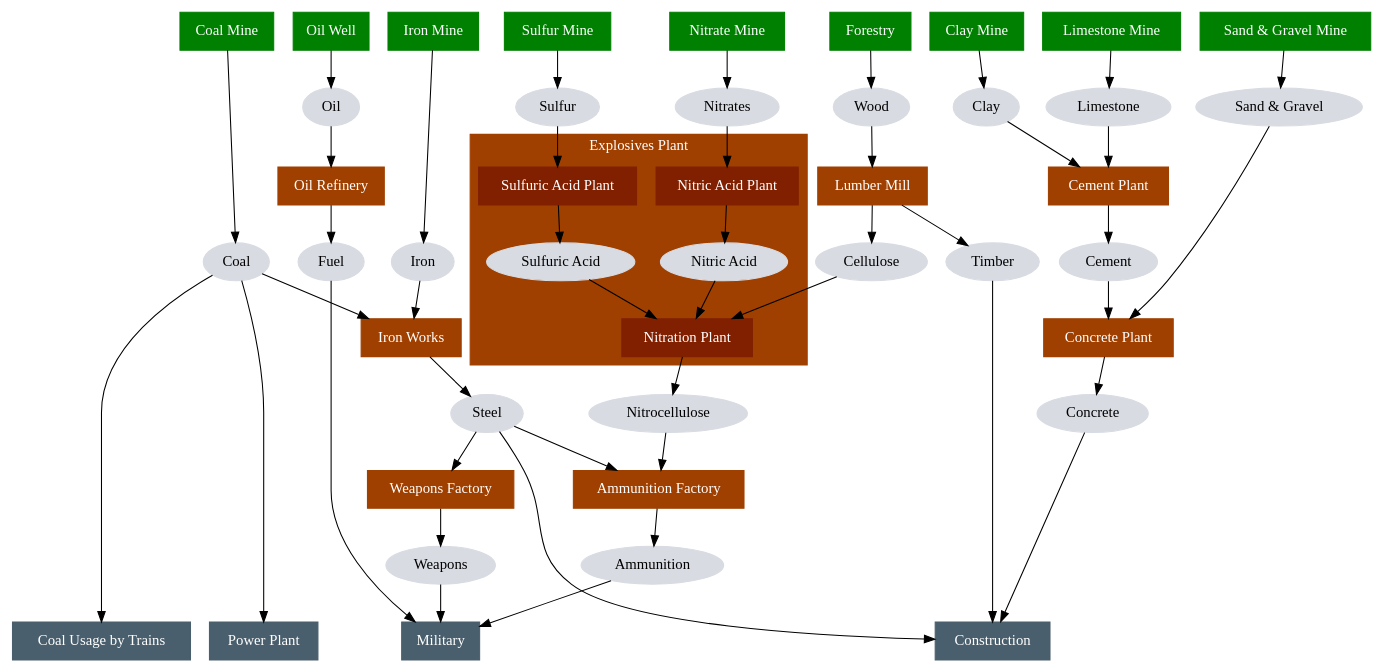
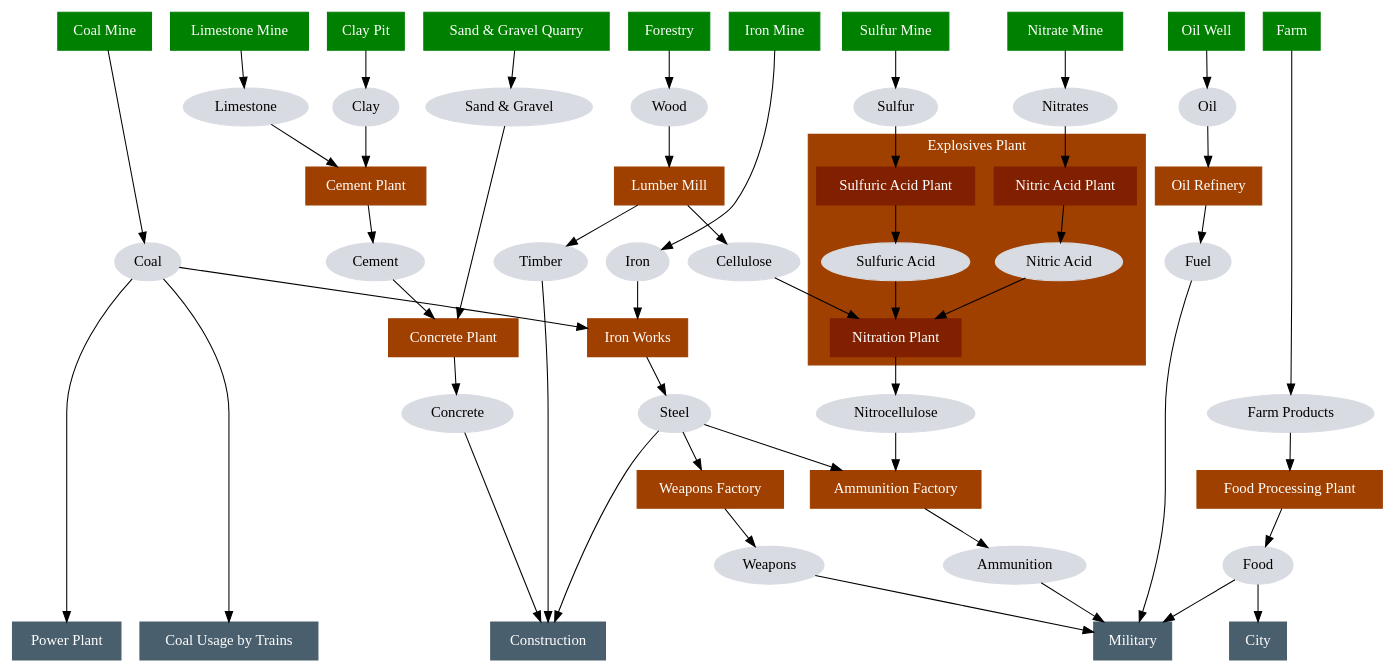
One commit to jurisk/train-simulator changed the diagram in flow.dot. Above: the diagram before and after it, drawn with Graphviz. The commit also changed 10 other files, not shown here.

```diff
--- a/flow.dot
+++ b/flow.dot
@@ -1,130 +1,141 @@
 digraph G {
     node [style = filled, fontcolor = white];
 
     # Raw materials extraction
     node [shape = box, color = green];
     CoalMine [label = "Coal Mine"];
     IronMine [label = "Iron Mine"];
     Forestry [label = "Forestry"];
     SulfurMine [label = "Sulfur Mine"];
     NitrateMine [label = "Nitrate Mine"];
     OilWell [label = "Oil Well"];
     LimestoneMine [label = "Limestone Mine"];
-    ClayMine [label = "Clay Mine"];
-    SandAndGravelMine [label = "Sand & Gravel Mine"];
-    { rank = same; CoalMine; IronMine; Forestry; SulfurMine; NitrateMine; OilWell; LimestoneMine; ClayMine; SandAndGravelMine; }
+    ClayPit [label = "Clay Pit"];
+    SandAndGravelQuarry [label = "Sand & Gravel Quarry"];
+    Farm [label = "Farm"];
+    { rank = same; CoalMine; IronMine; Forestry; SulfurMine; NitrateMine; OilWell; LimestoneMine; ClayPit; SandAndGravelQuarry; Farm; }
 
     node [shape = box, color = "#a04000"];
     # https://en.wikipedia.org/wiki/Basic_oxygen_steelmaking
     IronWorks [label = "Iron Works"];
     WeaponsFactory [label = "Weapons Factory"];
     LumberMill [label = "Lumber Mill"];
     AmmunitionFactory [label = "Ammunition Factory"];
     OilRefinery [label = "Oil Refinery"];
     CementPlant [label = "Cement Plant"];
     ConcretePlant [label = "Concrete Plant"];
+    FoodProcessingPlant [label = "Food Processing Plant"];
 
     subgraph cluster_ExplosivesPlant {
         # This is being built together as otherwise it becomes too much micro-management
         style = filled;
         color = "#a04000";
         fontcolor = white;
         label = "Explosives Plant";
         node [shape = box, color = "#802000", fontcolor = white];
 
         NitricAcidPlant [label = "Nitric Acid Plant"];
         SulfuricAcidPlant [label = "Sulfuric Acid Plant"];
         NitrationPlant [label = "Nitration Plant"];
 
         node [shape = ellipse, color = "#D8DBE2", fontcolor = black, style = filled];
         NitricAcid [label = "Nitric Acid"];
         SulfuricAcid [label = "Sulfuric Acid"];
     }
 
     # Final consumers
     node [shape = box, color = "#4A5F6D"];
     Construction [label = "Construction"];
     Military [label = "Military"];
     CoalUsageByTrains [label = "Coal Usage by Trains"]
     PowerPlant [label = "Power Plant"];
-    { rank = same; Construction; Military; CoalUsageByTrains; PowerPlant; }
+    City [label = "City"];
+    { rank = same; Construction; Military; CoalUsageByTrains; PowerPlant; City; }
 
     node [shape = ellipse, color = "#D8DBE2", fontcolor = black];
     Coal [label = "Coal"];
     Iron [label = "Iron"];
     Oil [label = "Oil"];
     Fuel [label = "Fuel"];
     Nitrates [label = "Nitrates"];
     Sulfur [label = "Sulfur"];
     Nitrocellulose [label = "Nitrocellulose"];
     Timber [label = "Timber"];
     Cellulose [label = "Cellulose"];
     Concrete [label = "Concrete"];
     Cement [label = "Cement"];
     SandAndGravel [label = "Sand & Gravel"];
     Clay [label = "Clay"];
     Limestone [label = "Limestone"];
     Weapons [label = "Weapons"];
     Ammunition [label = "Ammunition"];
     Steel [label = "Steel"];
+    FarmProducts [label = "Farm Products"];
+    Food [label = "Food"];
 
     CoalMine -> Coal;
     Coal -> IronWorks;
     Coal -> CoalUsageByTrains;
     Coal -> PowerPlant;
 
     IronMine -> Iron;
     Iron -> IronWorks;
 
     OilWell -> Oil;
     Oil -> OilRefinery;
     OilRefinery -> Fuel;
     Fuel -> Military;
 
     NitrateMine -> Nitrates;
     Nitrates -> NitricAcidPlant;
 
     SulfurMine -> Sulfur;
     Sulfur -> SulfuricAcidPlant;
 
     Forestry -> Wood;
     Wood -> LumberMill;
     LumberMill -> Cellulose;
     Cellulose -> NitrationPlant;
     LumberMill -> Timber;
     Timber -> Construction;
 
     NitricAcidPlant -> NitricAcid;
     NitricAcid -> NitrationPlant;
 
     SulfuricAcidPlant -> SulfuricAcid;
     SulfuricAcid -> NitrationPlant;
 
     NitrationPlant -> Nitrocellulose;
     Nitrocellulose -> AmmunitionFactory;
 
     AmmunitionFactory -> Ammunition;
     Ammunition -> Military;
     WeaponsFactory -> Weapons;
     Weapons -> Military;
 
     IronWorks -> Steel;
     Steel -> AmmunitionFactory;
     Steel -> WeaponsFactory;
     Steel -> Construction;
 
     LimestoneMine -> Limestone;
     Limestone -> CementPlant;
 
-    ClayMine -> Clay;
+    ClayPit -> Clay;
     Clay -> CementPlant;
 
     CementPlant -> Cement;
     Cement -> ConcretePlant;
 
-    SandAndGravelMine -> SandAndGravel;
+    SandAndGravelQuarry -> SandAndGravel;
     SandAndGravel -> ConcretePlant;
 
     ConcretePlant -> Concrete;
     Concrete -> Construction;
+
+    Farm -> FarmProducts;
+    FarmProducts -> FoodProcessingPlant;
+    FoodProcessingPlant -> Food;
+    Food -> Military;
+    Food -> City;
 }
```
